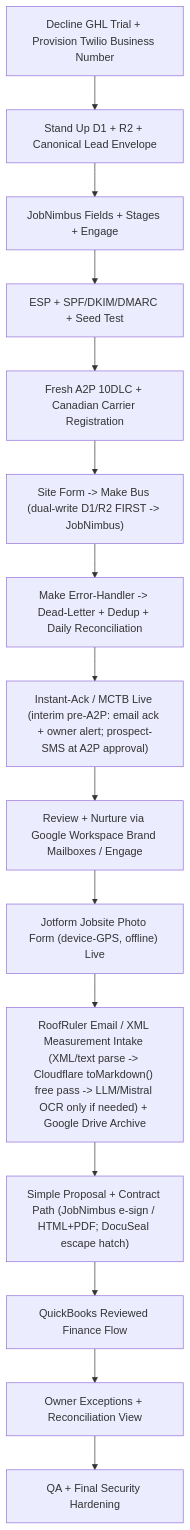
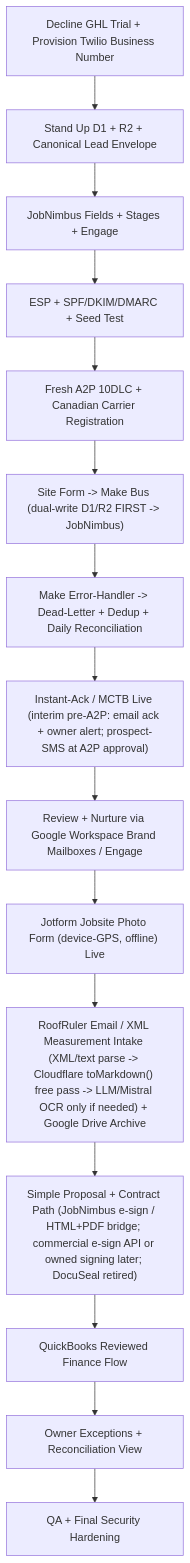
The diagram in final-spec-pack/15-first-deliverable-existing-stack-plan.md (Iron-Wrap/ironwrap-os), drawn with Mermaid before and after one commit. The commit also changed other lines of this file and 37 other files, not shown here.

````diff
--- a/final-spec-pack/15-first-deliverable-existing-stack-plan.md
+++ b/final-spec-pack/15-first-deliverable-existing-stack-plan.md
@@ -111,17 +111,17 @@
 ```mermaid
 flowchart TD
   A["Decline GHL Trial + Provision Twilio Business Number"] --> B["Stand Up D1 + R2 + Canonical Lead Envelope"]
   B --> C["JobNimbus Fields + Stages + Engage"]
   C --> D["ESP + SPF/DKIM/DMARC + Seed Test"]
   D --> E["Fresh A2P 10DLC + Canadian Carrier Registration"]
   E --> F["Site Form -> Make Bus (dual-write D1/R2 FIRST -> JobNimbus)"]
   F --> G["Make Error-Handler -> Dead-Letter + Dedup + Daily Reconciliation"]
   G --> H["Instant-Ack / MCTB Live (interim pre-A2P: email ack + owner alert; prospect-SMS at A2P approval)"]
   H --> I["Review + Nurture via Google Workspace Brand Mailboxes / Engage"]
   I --> J["Jotform Jobsite Photo Form (device-GPS, offline) Live"]
   J --> K["RoofRuler Email / XML Measurement Intake (XML/text parse -> Cloudflare toMarkdown() free pass -> LLM/Mistral OCR only if needed) + Google Drive Archive"]
-  K --> L["Simple Proposal + Contract Path (JobNimbus e-sign / HTML+PDF; DocuSeal escape hatch)"]
+  K --> L["Simple Proposal + Contract Path (JobNimbus e-sign / HTML+PDF bridge; commercial e-sign API or owned signing later; DocuSeal retired)"]
   L --> M["QuickBooks Reviewed Finance Flow"]
   M --> P["Owner Exceptions + Reconciliation View"]
   P --> Q["QA + Final Security Hardening"]
 ```
````
